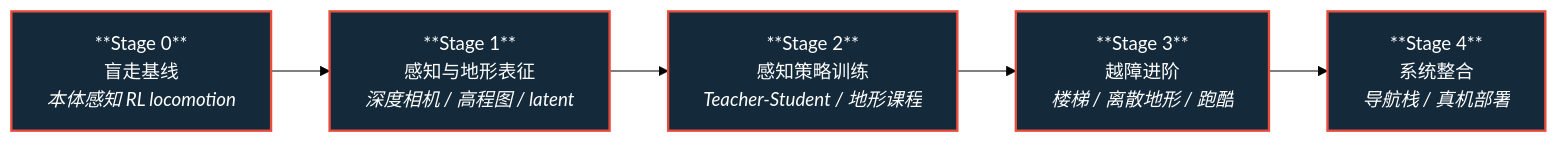
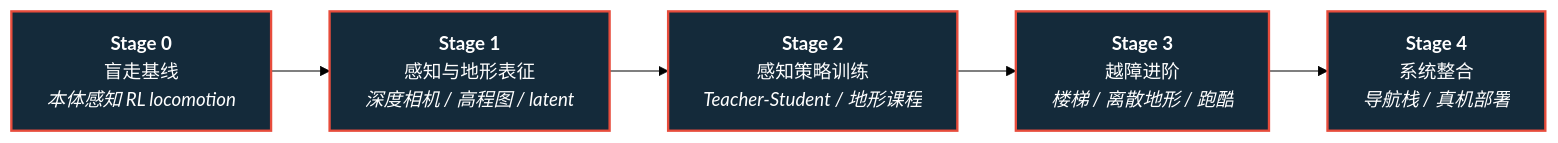
Before and after one commit to ImChong/Robotics_Notebooks: the diagram in roadmap/depth-perceptive-locomotion.md, drawn with Mermaid (forest theme). The commit also changed 27 other files, not shown here.

First line of the commit message:
fix(ux): 修复纵深路线一览 Mermaid 节点 ** 原样显示

````diff
--- a/roadmap/depth-perceptive-locomotion.md
+++ b/roadmap/depth-perceptive-locomotion.md
@@ -7,13 +7,13 @@
 ```mermaid
 flowchart LR
-  S0["**Stage 0**<br/>盲走基线<br/><em>本体感知 RL locomotion</em>"]
-  S1["**Stage 1**<br/>感知与地形表征<br/><em>深度相机 / 高程图 / latent</em>"]
-  S2["**Stage 2**<br/>感知策略训练<br/><em>Teacher-Student / 地形课程</em>"]
-  S3["**Stage 3**<br/>越障进阶<br/><em>楼梯 / 离散地形 / 跑酷</em>"]
-  S4["**Stage 4**<br/>系统整合<br/><em>导航栈 / 真机部署</em>"]
+  S0["<b>Stage 0</b><br/>盲走基线<br/><em>本体感知 RL locomotion</em>"]
+  S1["<b>Stage 1</b><br/>感知与地形表征<br/><em>深度相机 / 高程图 / latent</em>"]
+  S2["<b>Stage 2</b><br/>感知策略训练<br/><em>Teacher-Student / 地形课程</em>"]
+  S3["<b>Stage 3</b><br/>越障进阶<br/><em>楼梯 / 离散地形 / 跑酷</em>"]
+  S4["<b>Stage 4</b><br/>系统整合<br/><em>导航栈 / 真机部署</em>"]
 
   S0 --> S1 --> S2 --> S3 --> S4
 
   classDef stage fill:#142a3a,stroke:#e74c3c,stroke-width:2px,color:#fff
   class S0,S1,S2,S3,S4 stage
 ```
````
